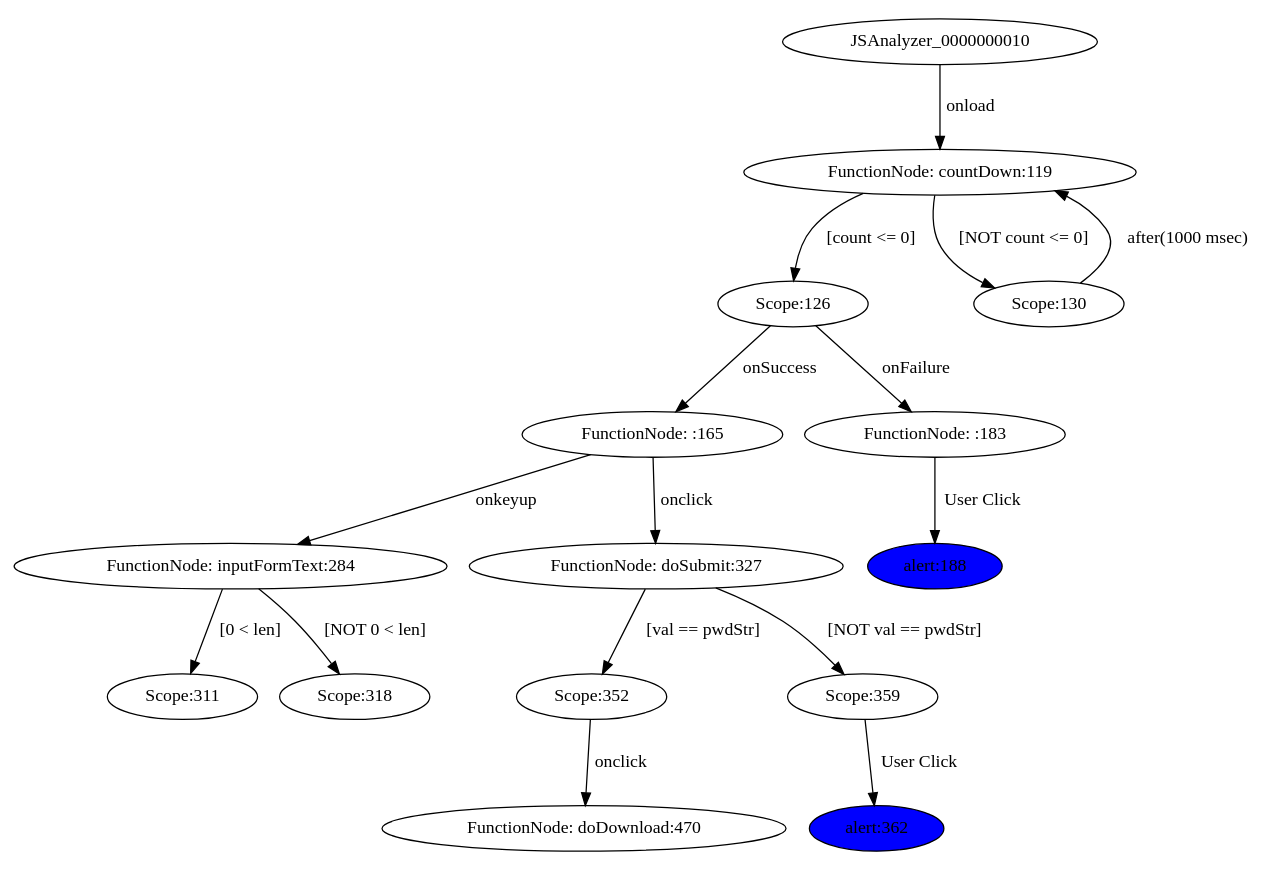
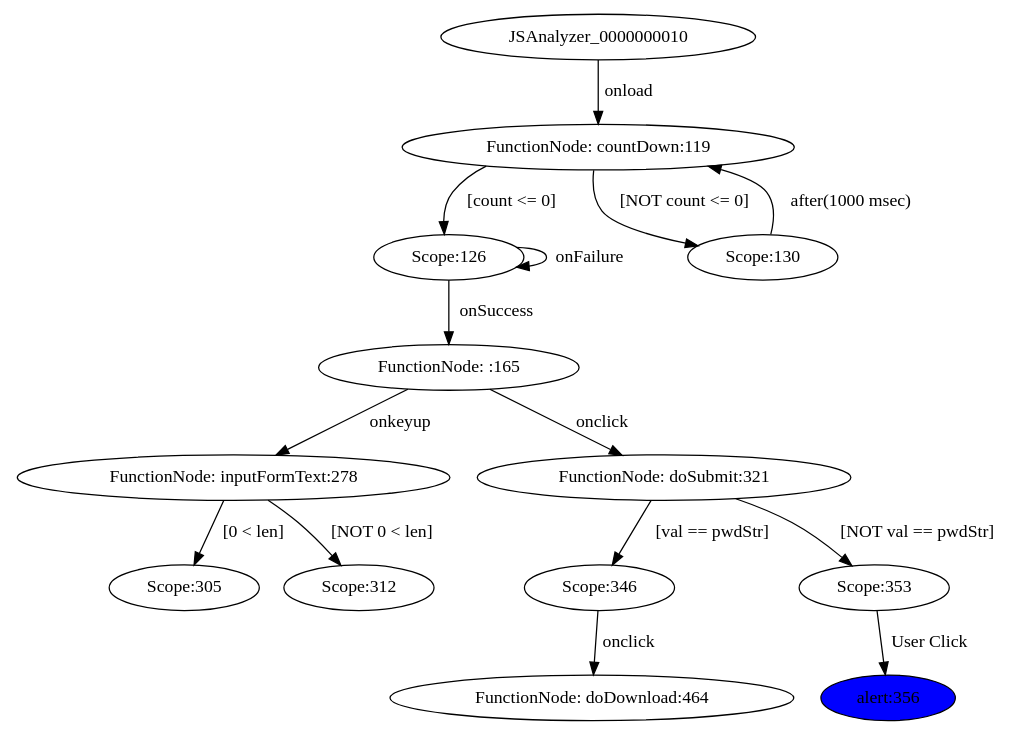
The diagram in projects/test2/model/acg.dot (mzw/JSAnalyzer), drawn with Graphviz before and after one commit. The commit also changed 29 other files, not shown here.

```diff
--- a/projects/test2/model/acg.dot
+++ b/projects/test2/model/acg.dot
@@ -1,34 +1,31 @@
 digraph CallGraph {
 size="15.0,10.0";
 ratio="0.75";
 JSAnalyzer_0000000010;
 JSAnalyzer_0000000119[label="FunctionNode: countDown:119"];
 JSAnalyzer_0000000126[label="Scope:126"];
 JSAnalyzer_0000000130[label="Scope:130"];
 JSAnalyzer_0000000165[label="FunctionNode: :165"];
-JSAnalyzer_0000000183[label="FunctionNode: :183"];
-JSAnalyzer_0000000284[label="FunctionNode: inputFormText:284"];
-JSAnalyzer_0000000311[label="Scope:311"];
-JSAnalyzer_0000000318[label="Scope:318"];
-JSAnalyzer_0000000327[label="FunctionNode: doSubmit:327"];
-JSAnalyzer_0000000352[label="Scope:352"];
-JSAnalyzer_0000000359[label="Scope:359"];
-JSAnalyzer_0000000470[label="FunctionNode: doDownload:470"];
-JSAnalyzer_0000000188[label="alert:188", style="filled", fillcolor="blue"];
-JSAnalyzer_0000000362[label="alert:362", style="filled", fillcolor="blue"];
+JSAnalyzer_0000000278[label="FunctionNode: inputFormText:278"];
+JSAnalyzer_0000000305[label="Scope:305"];
+JSAnalyzer_0000000312[label="Scope:312"];
+JSAnalyzer_0000000321[label="FunctionNode: doSubmit:321"];
+JSAnalyzer_0000000346[label="Scope:346"];
+JSAnalyzer_0000000353[label="Scope:353"];
+JSAnalyzer_0000000464[label="FunctionNode: doDownload:464"];
+JSAnalyzer_0000000356[label="alert:356", style="filled", fillcolor="blue"];
 JSAnalyzer_0000000119 -> JSAnalyzer_0000000126[label="[count <= 0]"];
 JSAnalyzer_0000000119 -> JSAnalyzer_0000000130[label="[NOT count <= 0]"];
-JSAnalyzer_0000000284 -> JSAnalyzer_0000000311[label="[0 < len]"];
-JSAnalyzer_0000000284 -> JSAnalyzer_0000000318[label="[NOT 0 < len]"];
-JSAnalyzer_0000000327 -> JSAnalyzer_0000000352[label="[val == pwdStr]"];
-JSAnalyzer_0000000327 -> JSAnalyzer_0000000359[label="[NOT val == pwdStr]"];
+JSAnalyzer_0000000278 -> JSAnalyzer_0000000305[label="[0 < len]"];
+JSAnalyzer_0000000278 -> JSAnalyzer_0000000312[label="[NOT 0 < len]"];
+JSAnalyzer_0000000321 -> JSAnalyzer_0000000346[label="[val == pwdStr]"];
+JSAnalyzer_0000000321 -> JSAnalyzer_0000000353[label="[NOT val == pwdStr]"];
 JSAnalyzer_0000000010 -> JSAnalyzer_0000000119[label="onload"];
 JSAnalyzer_0000000130 -> JSAnalyzer_0000000119[label="after(1000 msec)"];
 JSAnalyzer_0000000126 -> JSAnalyzer_0000000165[label="onSuccess"];
-JSAnalyzer_0000000126 -> JSAnalyzer_0000000183[label="onFailure"];
-JSAnalyzer_0000000183 -> JSAnalyzer_0000000188[label="User Click"];
-JSAnalyzer_0000000165 -> JSAnalyzer_0000000284[label="onkeyup"];
-JSAnalyzer_0000000165 -> JSAnalyzer_0000000327[label="onclick"];
-JSAnalyzer_0000000359 -> JSAnalyzer_0000000362[label="User Click"];
-JSAnalyzer_0000000352 -> JSAnalyzer_0000000470[label="onclick"];
+JSAnalyzer_0000000126 -> JSAnalyzer_0000000126[label="onFailure"];
+JSAnalyzer_0000000165 -> JSAnalyzer_0000000278[label="onkeyup"];
+JSAnalyzer_0000000165 -> JSAnalyzer_0000000321[label="onclick"];
+JSAnalyzer_0000000353 -> JSAnalyzer_0000000356[label="User Click"];
+JSAnalyzer_0000000346 -> JSAnalyzer_0000000464[label="onclick"];
 }
```
